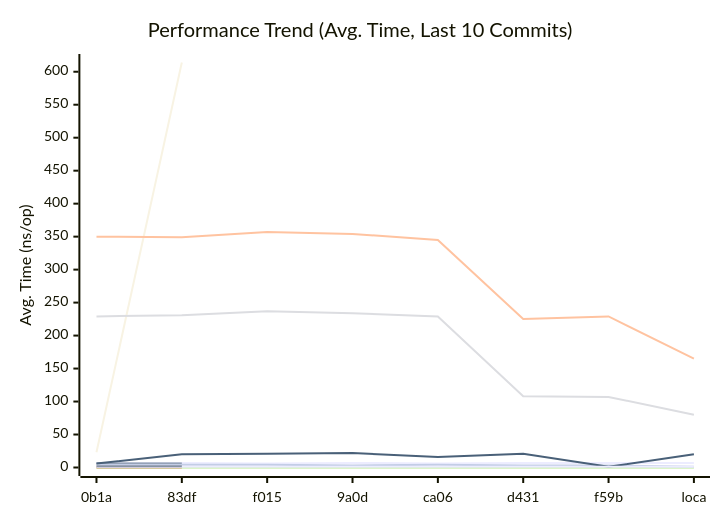
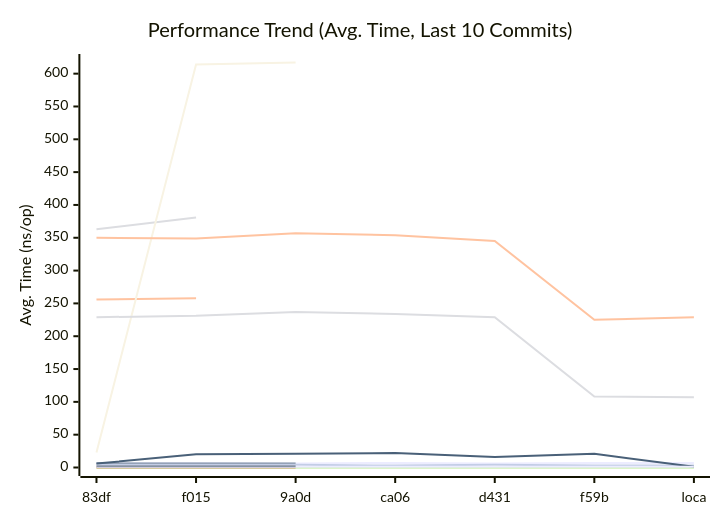
One commit to alsotoes/momo changed the first of 3 diagrams in docs/PERFORMANCE.md. Above: the diagram before and after it, drawn with Mermaid. The commit also changed other lines of this file and 1 other file, not shown here.

````diff
--- a/docs/PERFORMANCE.md
+++ b/docs/PERFORMANCE.md
@@ -78,21 +78,21 @@
 ```mermaid
 xychart-beta
     title "Performance Trend (Avg. Time, Last 10 Commits)"
     x-axis "Commit"
     y-axis "Avg. Time (ns/op)"
-    x-axis [0b1a,83df,f015,9a0d,ca06,d431,f59b,loca]
+    x-axis [83df,f015,9a0d,ca06,d431,f59b,loca]
     line "CheckMetricsAndSwap" [7,7,6,7,6,7,7,7,5,5]
-    line "CheckMetricsAndSwap" [6,6]
-    line "CrushOptimized" [256]
-    line "CrushOriginal" [363]
+    line "CheckMetricsAndSwap" [6,6,6]
+    line "CrushOptimized" [256,258]
+    line "CrushOriginal" [363,381]
     line "IndexDirectTracking" [0,0,0,0,0,0,0,0,0,0]
-    line "IndexDirectTracking" [0,0]
+    line "IndexDirectTracking" [0,0,0]
     line "IndexSearch" [4,4,4,3,4,3,3,1,1,1]
-    line "IndexSearch" [1,1]
+    line "IndexSearch" [1,1,1]
     line "LoadGlobalConfig" [6,20,21,22,16,21,1,20,22,1]
-    line "LoadGlobalConfig" [23,614]
+    line "LoadGlobalConfig" [23,614,617]
     line "PadString" [1,1,1,1,1,1,1,1,1,1]
-    line "PadString" [2,2]
+    line "PadString" [2,2,2]
     line "ParseReplicationOrder_NoPrealloc" [350,349,357,354,345,225,229,165,232,234]
     line "ParseReplicationOrder_Prealloc" [229,231,237,234,229,108,107,80,110,109]
 ```
````
